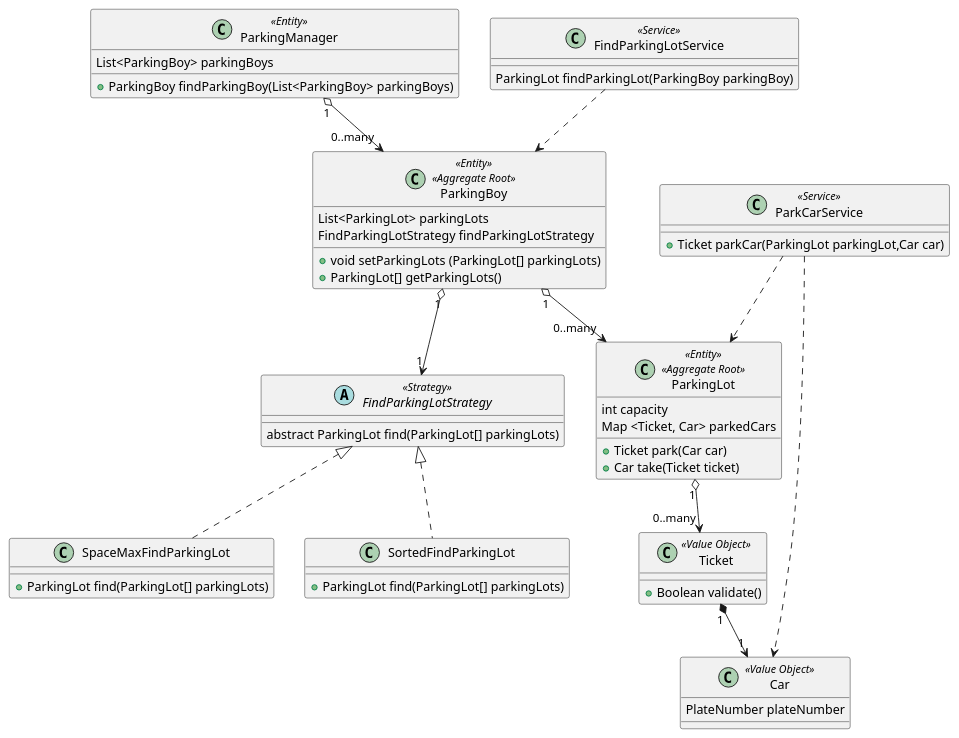
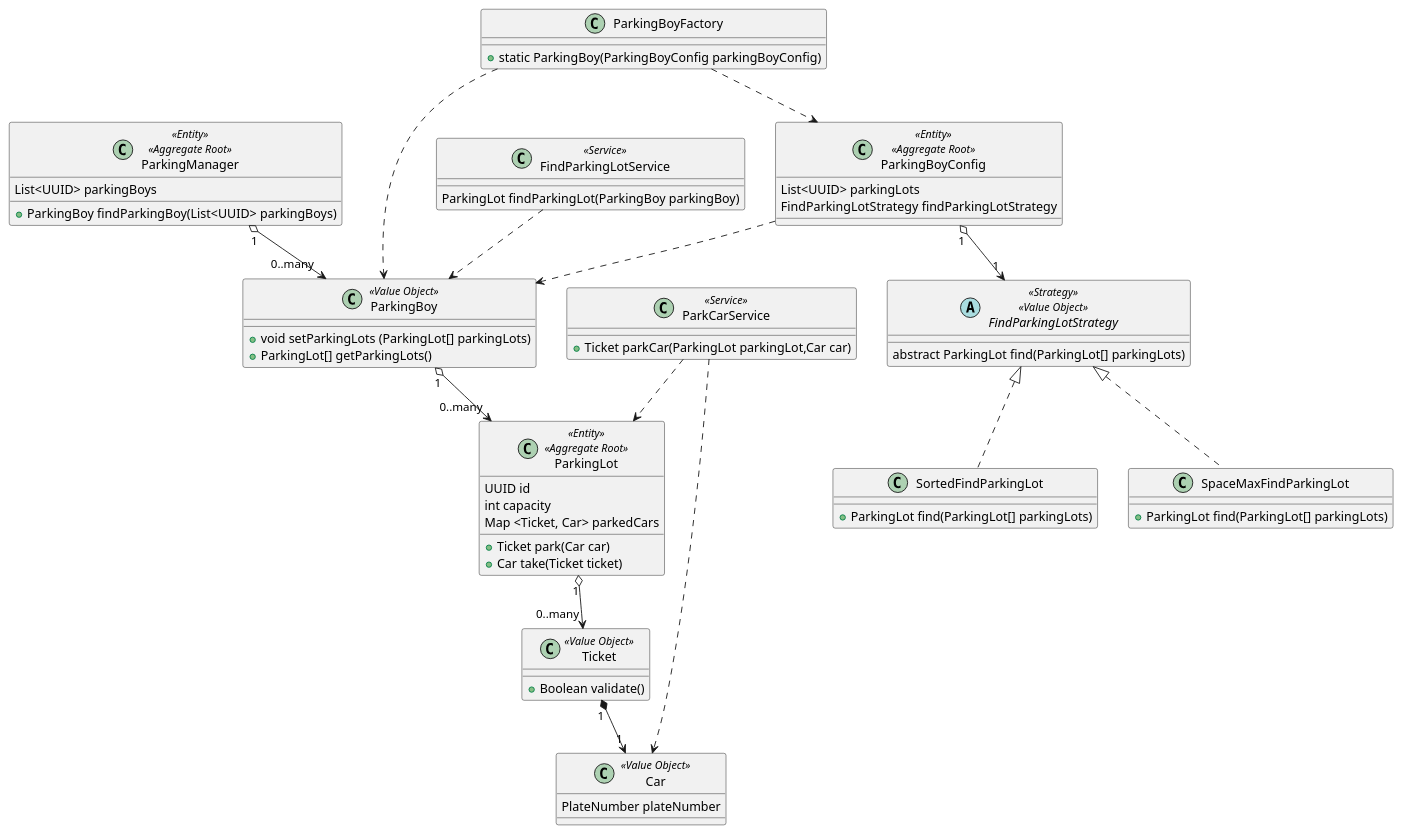
The diagram in parkingLot.puml (hanrongMan/ddd), drawn with PlantUML before and after one commit. The commit also changed 15 other files, not shown here.

```diff
--- a/parkingLot.puml
+++ b/parkingLot.puml
@@ -1,65 +1,75 @@
 @startuml
 
+Class ParkingManager <<Entity>> <<Aggregate Root>>  {
+  List<UUID> parkingBoys
 
-Class ParkingManager <<Entity>> {
-List<ParkingBoy> parkingBoys
-
-+ ParkingBoy findParkingBoy(List<ParkingBoy> parkingBoys)
++ ParkingBoy findParkingBoy(List<UUID> parkingBoys)
 }
 
-Class ParkingBoy << Entity >> <<Aggregate Root>> {
-  List<ParkingLot> parkingLots
-  FindParkingLotStrategy findParkingLotStrategy
-
+Class ParkingBoy <<Value Object>> {
   + void setParkingLots (ParkingLot[] parkingLots)
   + ParkingLot[] getParkingLots()
 }
 
+Class ParkingBoyConfig  << Entity >> <<Aggregate Root>>{
+  List<UUID> parkingLots
+  FindParkingLotStrategy findParkingLotStrategy
+}
+
 class ParkingLot << Entity >> <<Aggregate Root>> {
+  UUID id
   int capacity
   Map <Ticket, Car> parkedCars
 
   + Ticket park(Car car)
   + Car take(Ticket ticket)
 }
 
 Class Car << Value Object >> {
     PlateNumber plateNumber
 }
 
 Class Ticket << Value Object >> {
   + Boolean validate()
 }
 
 class FindParkingLotService <<Service>> {
 ParkingLot findParkingLot(ParkingBoy parkingBoy)
 }
 
 class ParkCarService <<Service>> {
 + Ticket parkCar(ParkingLot parkingLot,Car car)
 }
 
-abstract class FindParkingLotStrategy <<Strategy>> {
+abstract class FindParkingLotStrategy <<Strategy>> <<Value Object>>{
 abstract ParkingLot find(ParkingLot[] parkingLots)
 }
 
 Class SortedFindParkingLot{
 +ParkingLot find(ParkingLot[] parkingLots)
 }
 
 Class SpaceMaxFindParkingLot{
 +ParkingLot find(ParkingLot[] parkingLots)
 }
 
+Class ParkingBoyFactory {
++static ParkingBoy(ParkingBoyConfig parkingBoyConfig)
+}
+
 FindParkingLotStrategy  <|.. SortedFindParkingLot
 FindParkingLotStrategy  <|.. SpaceMaxFindParkingLot
 ParkingManager "1" o--> "0..many" ParkingBoy
 Ticket "1" *--> "1" Car
 ParkingLot "1" o--> "0..many" Ticket
 ParkingBoy "1" o--> "0..many" ParkingLot
-ParkingBoy "1" o--> "1" FindParkingLotStrategy
+ParkingBoyConfig "1" o--> "1" FindParkingLotStrategy
 FindParkingLotService ..> ParkingBoy
 ParkCarService ..> ParkingLot
 ParkCarService ..> Car
+ParkingBoyConfig ..> ParkingBoy
+
+ParkingBoyFactory ..>ParkingBoy
+ParkingBoyFactory ..>ParkingBoyConfig
 
 @enduml
```
